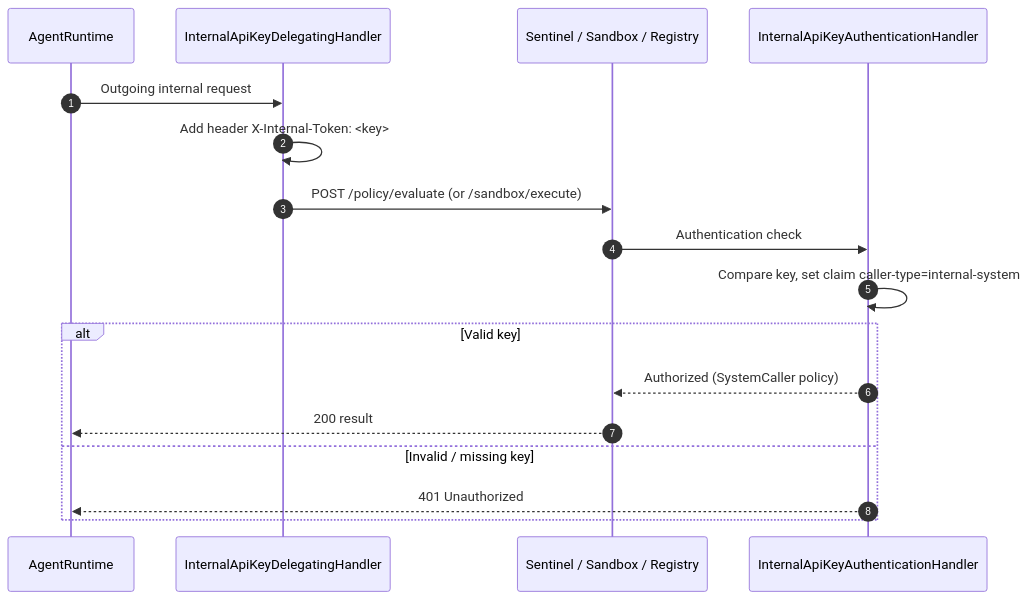
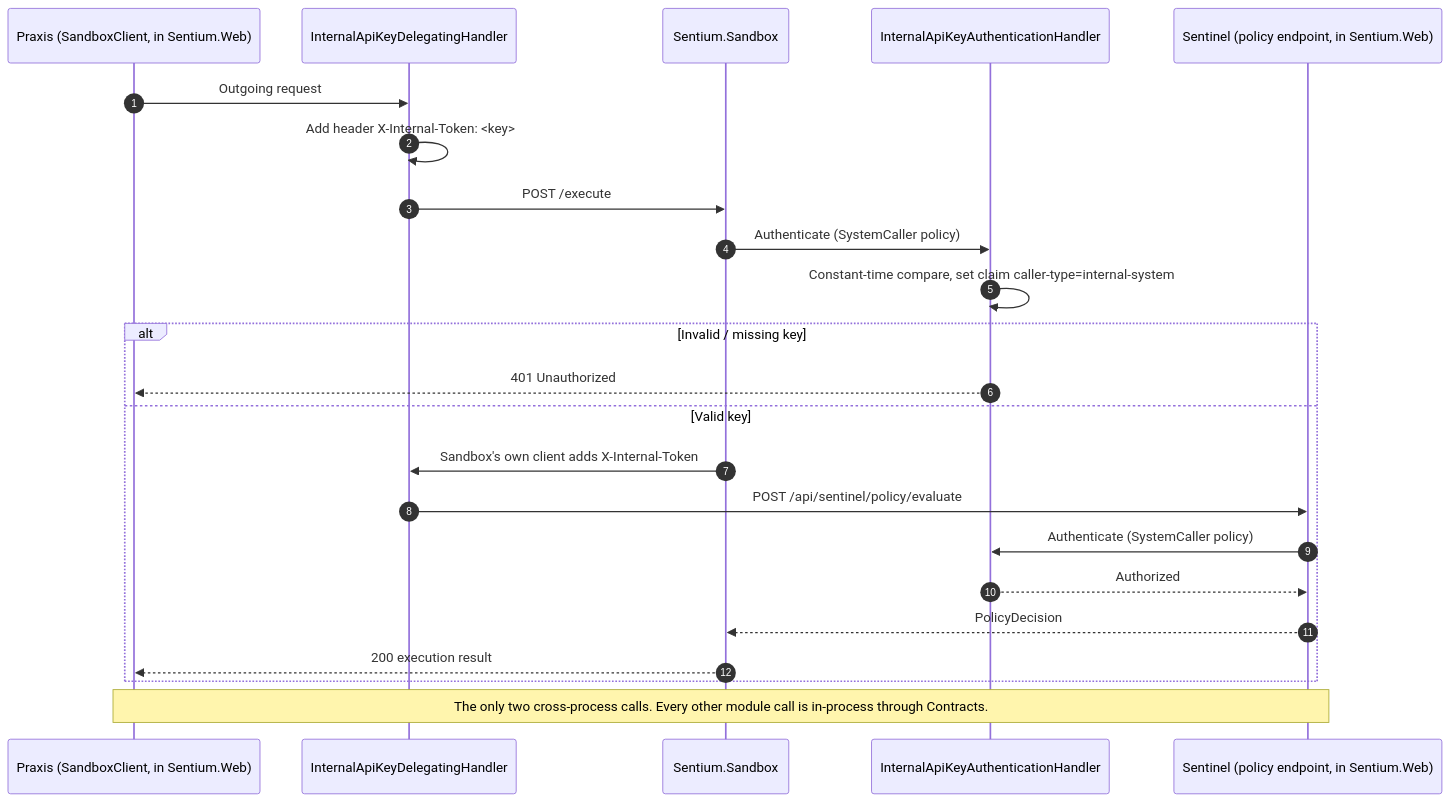
Before and after one commit to mihailshterev/sentium: the diagram in docs/diagrams/authentication-4-internal-services.md, drawn with Mermaid. The commit also changed 99 other files, not shown here.

````diff
--- a/docs/diagrams/authentication-4-internal-services.md
+++ b/docs/diagrams/authentication-4-internal-services.md
@@ -1,20 +1,26 @@
 ```mermaid
 sequenceDiagram
     autonumber
-    participant AR as AgentRuntime
+    participant PX as Praxis (SandboxClient, in Sentium.Web)
     participant H as InternalApiKeyDelegatingHandler
-    participant SE as Sentinel / Sandbox / Registry
+    participant SB as Sentium.Sandbox
     participant AH as InternalApiKeyAuthenticationHandler
+    participant SN as Sentinel (policy endpoint, in Sentium.Web)
 
-    AR->>H: Outgoing internal request
+    PX->>H: Outgoing request
     H->>H: Add header X-Internal-Token: <key>
-    H->>SE: POST /policy/evaluate (or /sandbox/execute)
-    SE->>AH: Authentication check
-    AH->>AH: Compare key, set claim caller-type=internal-system
-    alt Valid key
-        AH-->>SE: Authorized (SystemCaller policy)
-        SE-->>AR: 200 result
-    else Invalid / missing key
-        AH-->>AR: 401 Unauthorized
+    H->>SB: POST /execute
+    SB->>AH: Authenticate (SystemCaller policy)
+    AH->>AH: Constant-time compare, set claim caller-type=internal-system
+    alt Invalid / missing key
+        AH-->>PX: 401 Unauthorized
+    else Valid key
+        SB->>H: Sandbox's own client adds X-Internal-Token
+        H->>SN: POST /api/sentinel/policy/evaluate
+        SN->>AH: Authenticate (SystemCaller policy)
+        AH-->>SN: Authorized
+        SN-->>SB: PolicyDecision
+        SB-->>PX: 200 execution result
     end
+    Note over PX,SN: The only two cross-process calls. Every other module call is in-process through Contracts.
 ```
````
